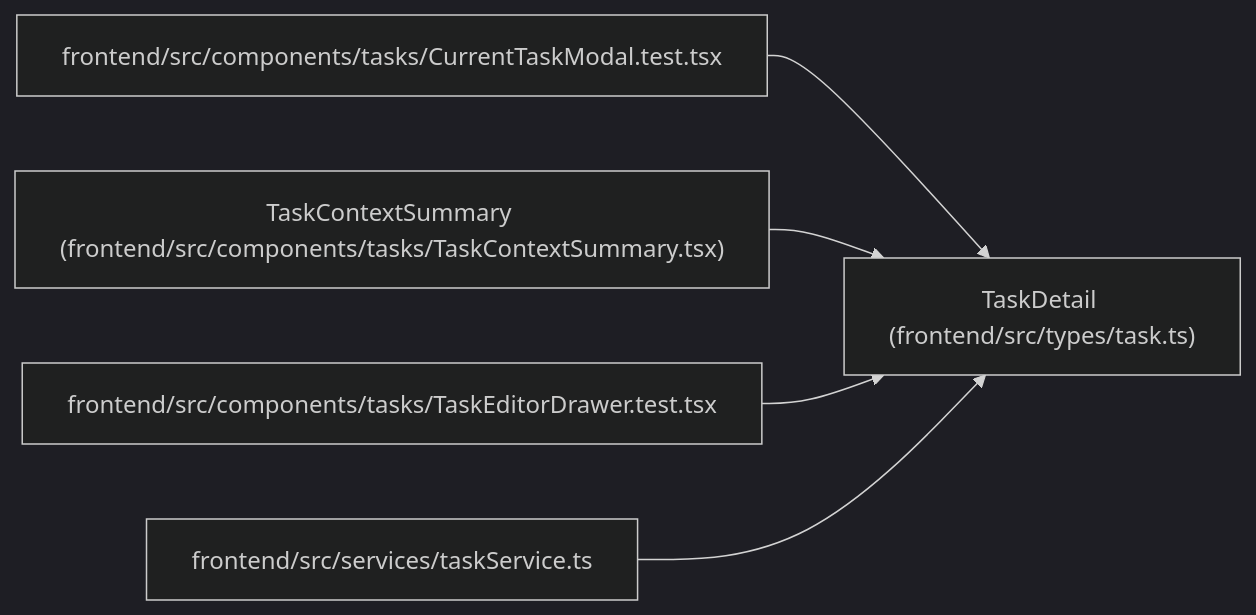
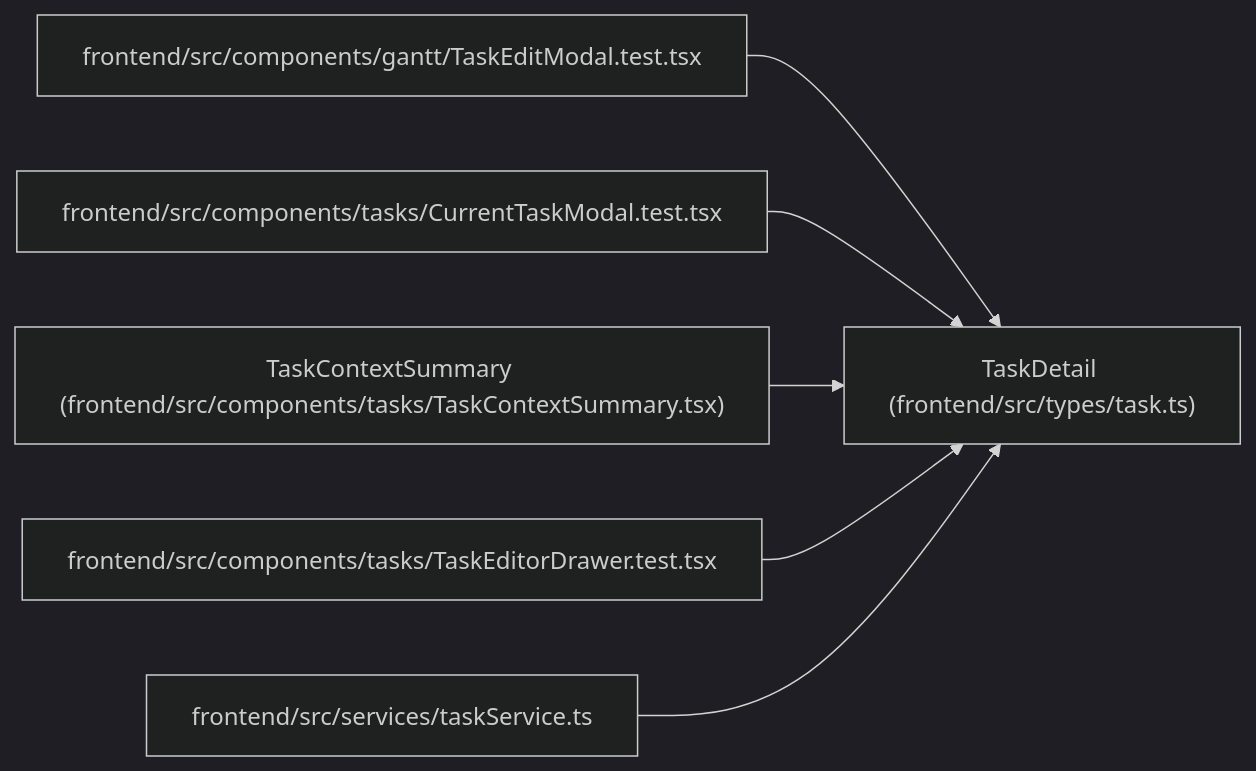
The diagram in docs/llm_wiki/entities/TaskDetail.md (Denissvgn/WorkChord), drawn with Mermaid (dark theme) before and after one commit. The commit also changed other lines of this file and 729 other files, not shown here.

````diff
--- a/docs/llm_wiki/entities/TaskDetail.md
+++ b/docs/llm_wiki/entities/TaskDetail.md
@@ -31,17 +31,20 @@
 ```mermaid
 flowchart LR
     n0["TaskDetail (frontend/src/types/task.ts)"]
-    n1["frontend/src/components/tasks/CurrentTaskModal.test.tsx"]
-    n2["TaskContextSummary (frontend/src/components/tasks/TaskContextSummary.tsx)"]
-    n3["frontend/src/components/tasks/TaskEditorDrawer.test.tsx"]
-    n4["frontend/src/services/taskService.ts"]
+    n1["frontend/src/components/gantt/TaskEditModal.test.tsx"]
+    n2["frontend/src/components/tasks/CurrentTaskModal.test.tsx"]
+    n3["TaskContextSummary (frontend/src/components/tasks/TaskContextSummary.tsx)"]
+    n4["frontend/src/components/tasks/TaskEditorDrawer.test.tsx"]
+    n5["frontend/src/services/taskService.ts"]
     n1 --> n0
     n2 --> n0
     n3 --> n0
     n4 --> n0
+    n5 --> n0
     click n0 "../modules/types_task.md"
-    click n1 "../modules/CurrentTaskModal.test.md"
-    click n2 "../modules/TaskContextSummary.md"
-    click n3 "../modules/TaskEditorDrawer.test.md"
-    click n4 "../modules/taskService.md"
+    click n1 "../modules/TaskEditModal.test.md"
+    click n2 "../modules/CurrentTaskModal.test.md"
+    click n3 "../modules/TaskContextSummary.md"
+    click n4 "../modules/TaskEditorDrawer.test.md"
+    click n5 "../modules/taskService.md"
 ```
````
